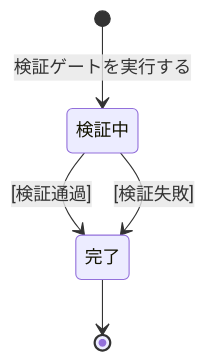
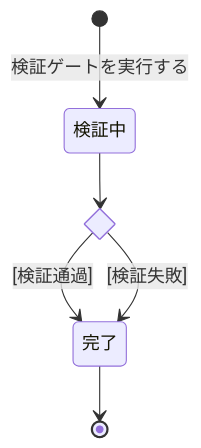
The fifth of 7 diagrams in docs/development/event-storming.md (kuchita-el/claude-shared-skills), drawn with Mermaid before and after one commit. The commit also changed other lines of this file and 1 other file, not shown here.

````diff
--- a/docs/development/event-storming.md
+++ b/docs/development/event-storming.md
@@ -239,7 +242,9 @@
 ```mermaid
 stateDiagram-v2
+    state 結果分岐 <<choice>>
     [*] --> 検証中: 検証ゲートを実行する
-    検証中 --> 完了: [検証通過]
-    検証中 --> 完了: [検証失敗]
+    検証中 --> 結果分岐
+    結果分岐 --> 完了: [検証通過]
+    結果分岐 --> 完了: [検証失敗]
     完了 --> [*]
 ```
````
